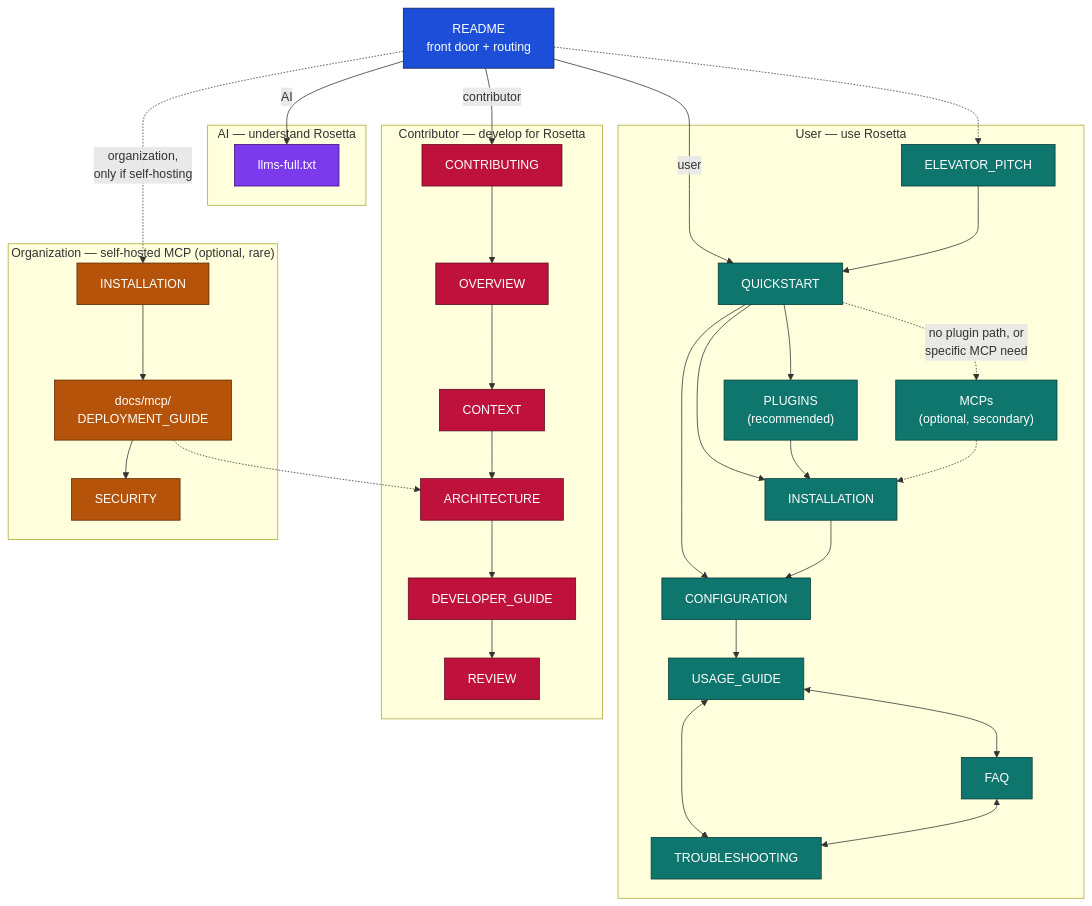
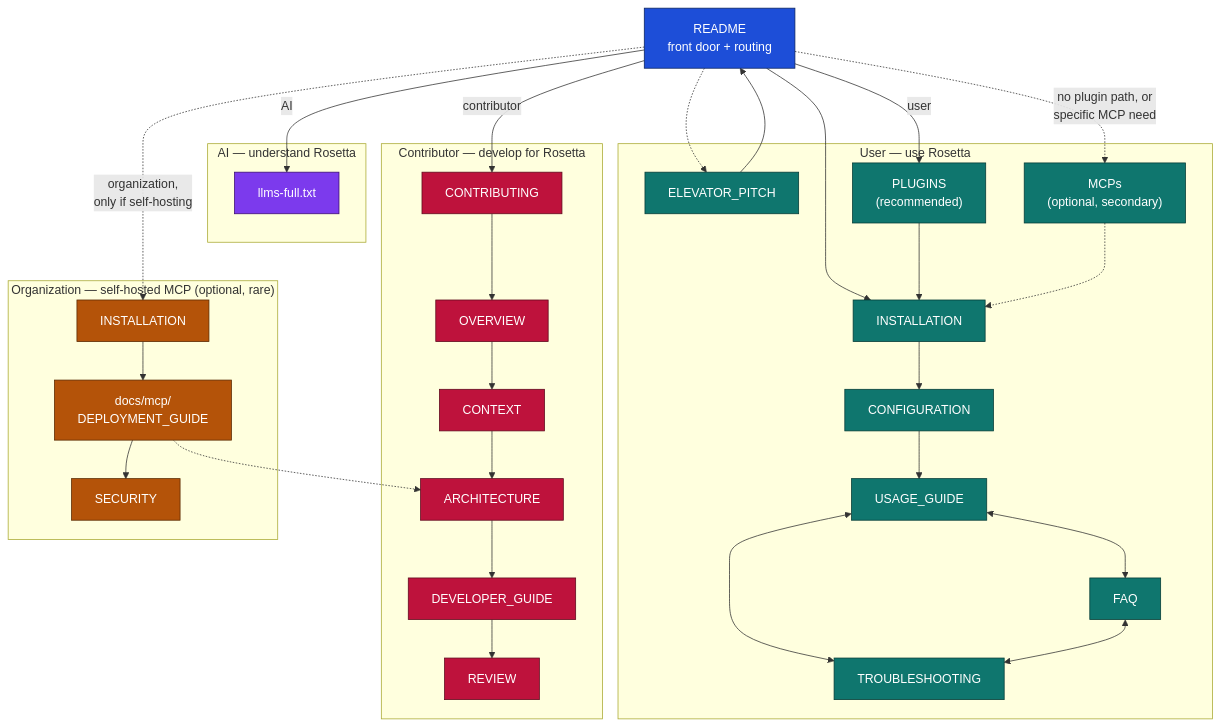
The diagram in docs/reviews/DOC-STRUCTURE-PLAN.md (griddynamics/rosetta), drawn with Mermaid before and after one commit. The commit also changed other lines of this file and 16 other files, not shown here.

````diff
--- a/docs/reviews/DOC-STRUCTURE-PLAN.md
+++ b/docs/reviews/DOC-STRUCTURE-PLAN.md
@@ -276,76 +266,73 @@
 ```mermaid
 flowchart TD
     README["README<br/>front door + routing"]
 
     subgraph USER["User — use Rosetta"]
         ELEV["ELEVATOR_PITCH"]
-        QS["QUICKSTART"]
         PLUG["PLUGINS<br/>(recommended)"]
         MCP["MCPs<br/>(optional, secondary)"]
         INST["INSTALLATION"]
         CONF["CONFIGURATION"]
         USAGE["USAGE_GUIDE"]
         FAQ["FAQ"]
         TRBL["TROUBLESHOOTING"]
     end
 
     subgraph AIP["AI — understand Rosetta"]
         LLMS["llms-full.txt"]
     end
 
     subgraph CONTRIB["Contributor — develop for Rosetta"]
         CONT["CONTRIBUTING"]
         OVER["OVERVIEW"]
         CTX["CONTEXT"]
         ARCH["ARCHITECTURE"]
         DEV["DEVELOPER_GUIDE"]
         REV["REVIEW"]
     end
 
     subgraph ORG["Organization — self-hosted MCP (optional, rare)"]
         INSTO["INSTALLATION"]
         DEP["docs/mcp/<br/>DEPLOYMENT_GUIDE"]
         SEC["SECURITY"]
     end
 
-    README -->|user| QS
+    README -->|user| PLUG
+    README -.->|no plugin path, or<br/>specific MCP need| MCP
+    README --> INST
     README -.-> ELEV
     README -->|AI| LLMS
     README -->|contributor| CONT
     README -.->|organization,<br/>only if self-hosting| INSTO
 
-    ELEV --> QS
-    QS --> PLUG
-    QS -.->|no plugin path, or<br/>specific MCP need| MCP
-    QS --> INST
+    ELEV --> README
     PLUG --> INST
     MCP -.-> INST
-    QS --> CONF
     INST --> CONF
     CONF --> USAGE
     USAGE <--> FAQ
     USAGE <--> TRBL
     FAQ <--> TRBL
 
     CONT --> OVER
     OVER --> CTX
     CTX --> ARCH
     ARCH --> DEV
     DEV --> REV
 
     INSTO --> DEP
     DEP --> SEC
     DEP -.-> ARCH
 
     classDef entry fill:#1d4ed8,stroke:#0b245e,color:#ffffff;
     classDef user fill:#0f766e,stroke:#053b36,color:#ffffff;
     classDef ai fill:#7c3aed,stroke:#3b0a73,color:#ffffff;
     classDef contrib fill:#be123c,stroke:#5e0a1d,color:#ffffff;
     classDef org fill:#b45309,stroke:#5a2900,color:#ffffff;
 
     class README entry;
-    class ELEV,QS,PLUG,MCP,INST,CONF,USAGE,FAQ,TRBL user;
+    class ELEV,PLUG,MCP,INST,CONF,USAGE,FAQ,TRBL user;
     class LLMS ai;
     class CONT,OVER,CTX,ARCH,DEV,REV contrib;
     class INSTO,DEP,SEC org;
 ```
````
